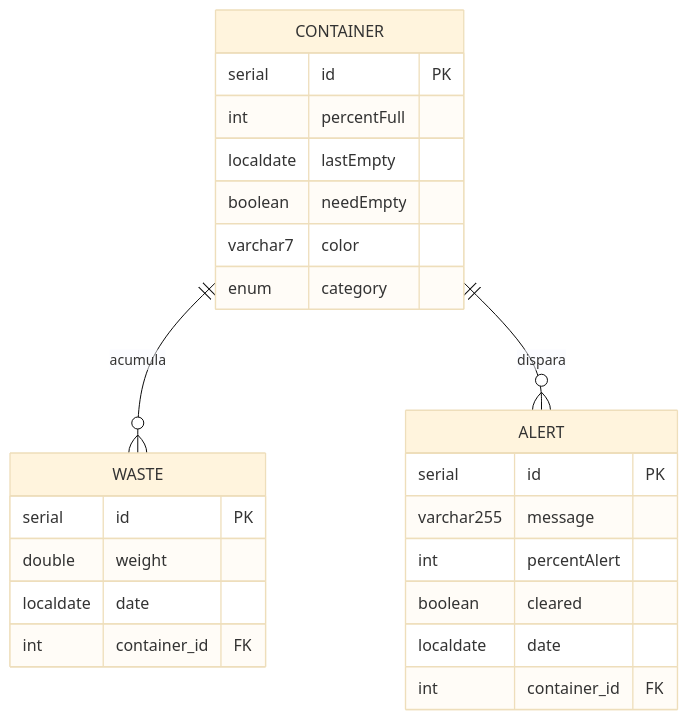
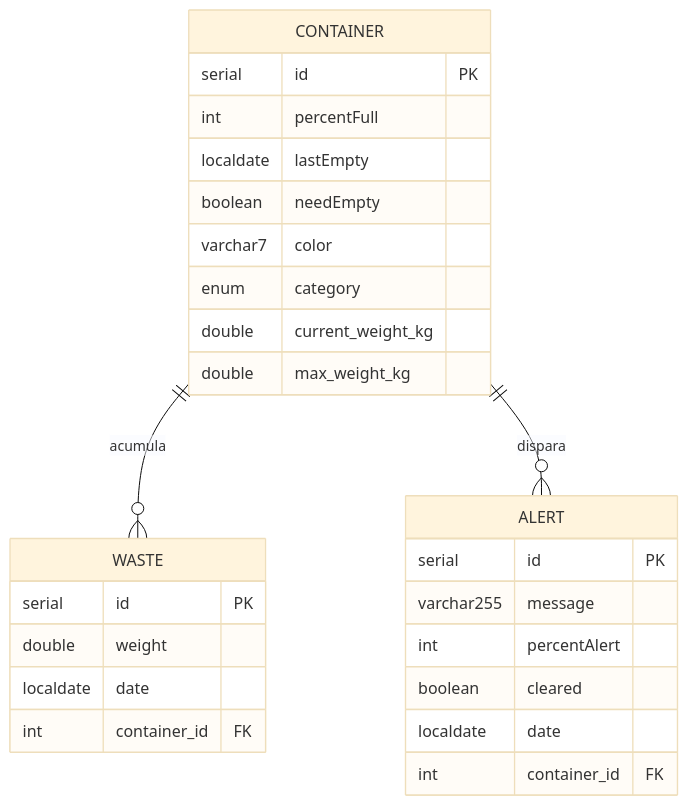
Before and after one commit to HackatonCapGemini-E5-2026/AulaVerde_BackEnd: the diagram in src/main/resources/Diagrama_entidades.mmd, drawn with Mermaid (base theme).

Commit message:
fix: diagrama_entidades.mmd archive updated with 2 new attributes en Container table

```diff
--- a/src/main/resources/Diagrama_entidades.mmd
+++ b/src/main/resources/Diagrama_entidades.mmd
@@ -1,29 +1,31 @@
 erDiagram
 
     CONTAINER {
         serial      id              PK
         int         percentFull
         localdate   lastEmpty
         boolean     needEmpty
         varchar7    color
         enum        category
+        double      current_weight_kg
+        double      max_weight_kg
     }
 
     WASTE {
         serial      id              PK
         double      weight
         localdate   date
         int         container_id    FK
     }
 
     ALERT {
         serial      id              PK
         varchar255  message
         int         percentAlert
         boolean     cleared
         localdate   date
         int         container_id    FK
     }
 
     CONTAINER ||--o{ WASTE  : "acumula"
     CONTAINER ||--o{ ALERT  : "dispara"
```
